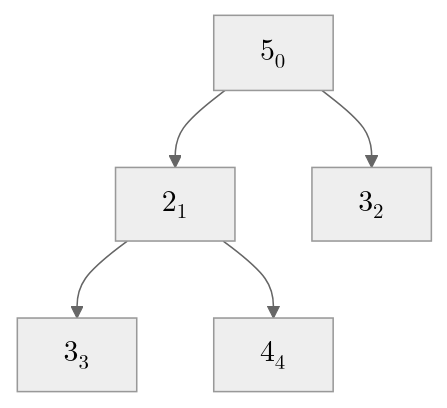
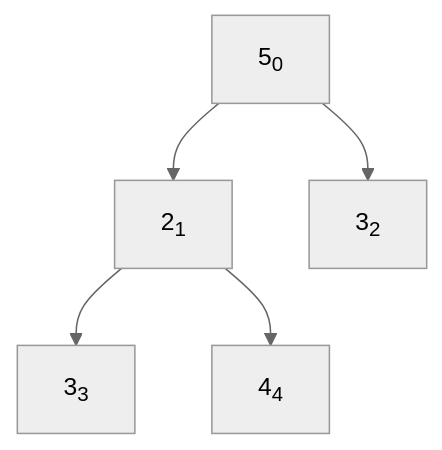
One commit to cafewang/cafewang.github.io changed the third of 15 diagrams in _posts/2024-12-17-sort-four.md. Above: the diagram before and after it, drawn with Mermaid (neutral theme). The commit also changed other lines of this file, not shown here.

Commit message:
fix mermaid done

````diff
--- a/_posts/2024-12-17-sort-four.md
+++ b/_posts/2024-12-17-sort-four.md
@@ -63,12 +63,12 @@
 ```mermaid
 
 graph TD 
-A["$$5_0$$"]
-B["$$2_1$$"]
-C["$$3_2$$"]
-D["$$3_3$$"]
-E["$$4_4$$"]
+A["5<sub>0</sub>"]
+B["2<sub>1</sub>"]
+C["3<sub>2</sub>"]
+D["3<sub>3</sub>"]
+E["4<sub>4</sub>"]
 
 A --> B & C
 B --> D & E
 ```
````
